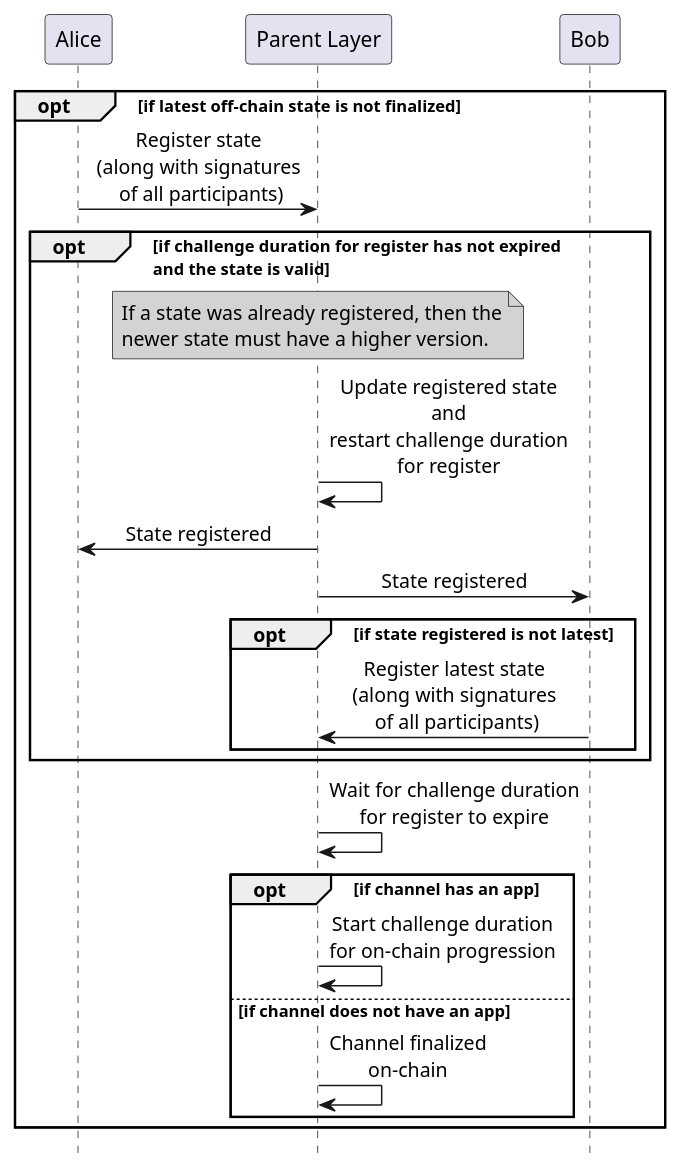
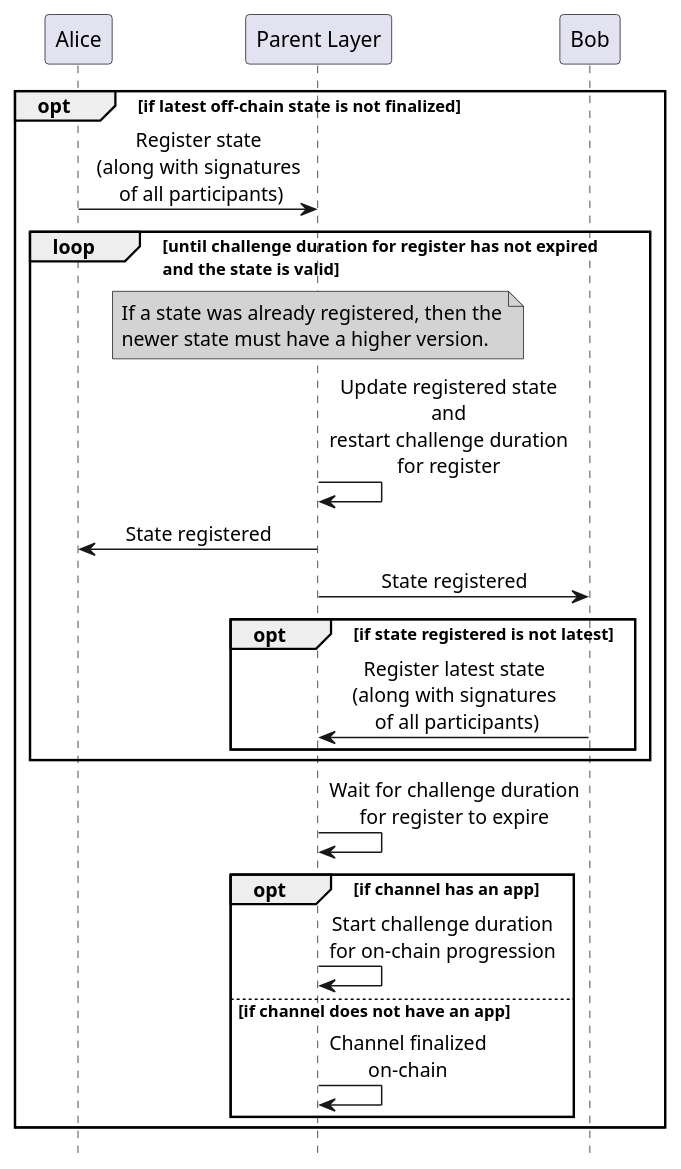
Before and after one commit to hyperledger-labs/perun-doc: the diagram in source/images/concepts/register_generic_register.plantuml, drawn with PlantUML. The commit also changed 7 other files, not shown here.

Commit message:
Update images generated from plantuml

```diff
--- a/source/images/concepts/register_generic_register.plantuml
+++ b/source/images/concepts/register_generic_register.plantuml
@@ -4,31 +4,31 @@
 @startuml register_generic_register
 hide footbox
 skinparam SequenceMessageAlign center
 
 participant "Alice" as alice
 participant "Parent Layer" as parentLayer
 participant "Bob" as bob
 
 opt if latest off-chain state is not finalized
 alice -> parentLayer: Register state\n(along with signatures\n of all participants)
-opt if challenge duration for register has not expired\nand the state is valid
+loop until challenge duration for register has not expired\nand the state is valid
 note over parentLayer #LightGray
 If a state was already registered, then the
 newer state must have a higher version.
 end note
 parentLayer -> parentLayer:Update registered state\nand\nrestart challenge duration\nfor register
 alice <- parentLayer: State registered
 parentLayer -> bob: State registered
 opt if state registered is not latest
 parentLayer <- bob: Register latest state\n(along with signatures\n of all participants)
 end
 end
 parentLayer -> parentLayer: Wait for challenge duration\nfor register to expire
 opt if channel has an app
 parentLayer -> parentLayer: Start challenge duration\nfor on-chain progression
 else if channel does not have an app
 parentLayer -> parentLayer: Channel finalized\non-chain 
 end
 end
 
 @enduml
```
